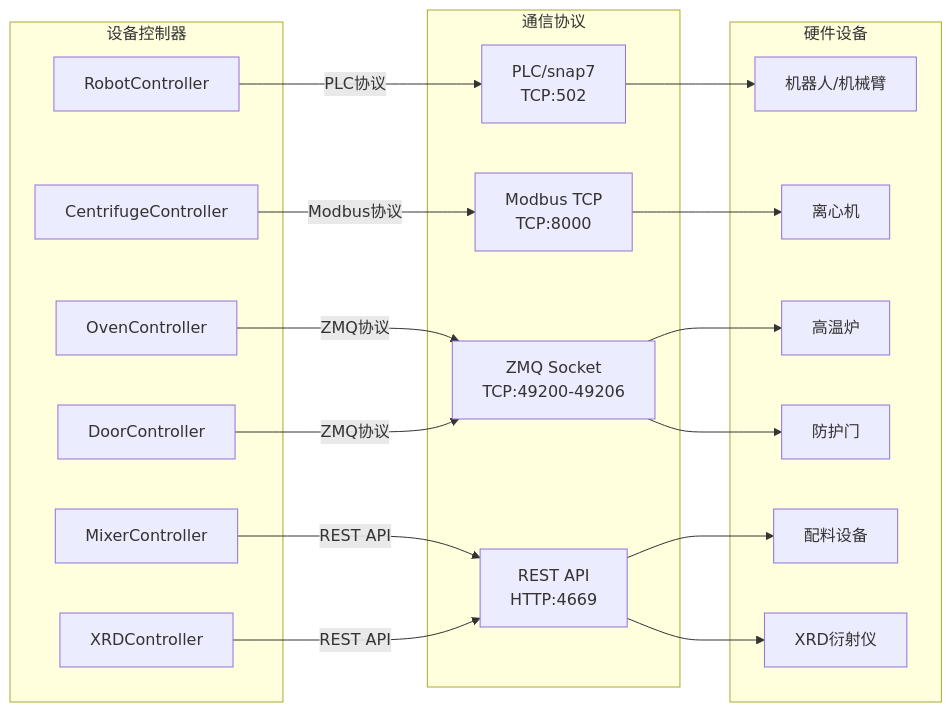
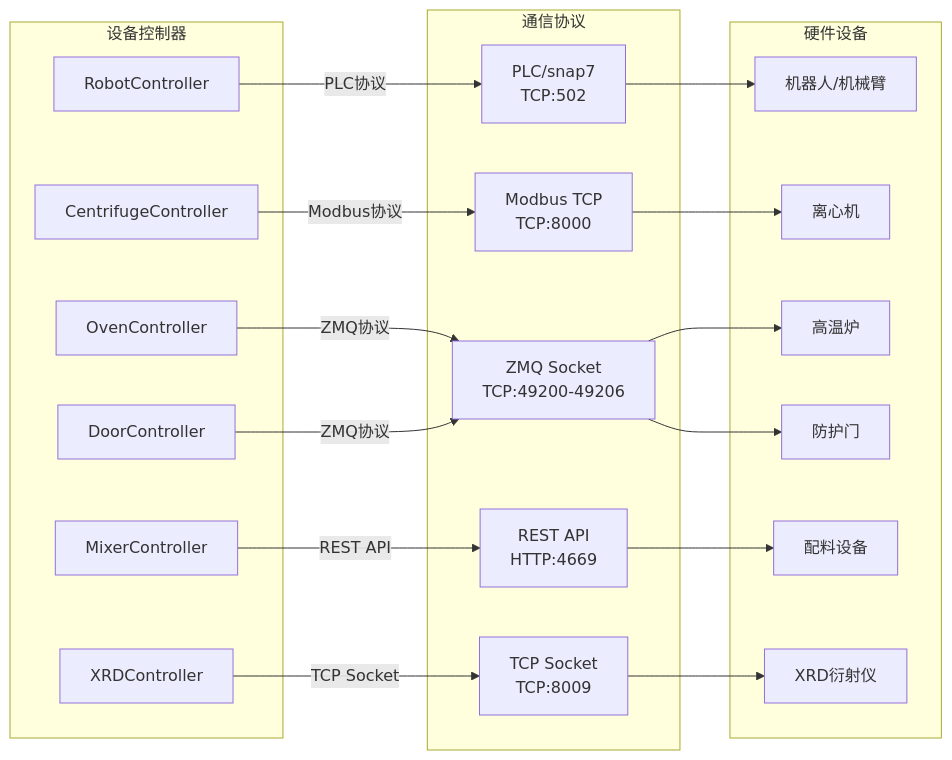
One commit to nipeone/ai4device changed diagram 11 of 11 in docs/系统架构流程图.md. Above: the diagram before and after it, drawn with Mermaid. The commit also changed other lines of this file, not shown here.

````diff
--- a/docs/系统架构流程图.md
+++ b/docs/系统架构流程图.md
@@ -478,41 +610,42 @@
 ```mermaid
 graph LR
     subgraph "设备控制器"
         R[RobotController]
         C[CentrifugeController]
         O[OvenController]
         D[DoorController]
         M[MixerController]
         X[XRDController]
     end
     
     subgraph "通信协议"
         PLC[PLC/snap7<br/>TCP:502]
         MODBUS[Modbus TCP<br/>TCP:8000]
         ZMQ[ZMQ Socket<br/>TCP:49200-49206]
+        TCP_SOCKET[TCP Socket<br/>TCP:8009]
         REST[REST API<br/>HTTP:4669]
     end
     
     subgraph "硬件设备"
         ROBOT_HW[机器人/机械臂]
         CENT_HW[离心机]
         OVEN_HW[高温炉]
         DOOR_HW[防护门]
         MIXER_HW[配料设备]
         XRD_HW[XRD衍射仪]
     end
     
     R -->|PLC协议| PLC
     C -->|Modbus协议| MODBUS
     O -->|ZMQ协议| ZMQ
     D -->|ZMQ协议| ZMQ
     M -->|REST API| REST
-    X -->|REST API| REST
+    X -->|TCP Socket| TCP_SOCKET
     
     PLC --> ROBOT_HW
     MODBUS --> CENT_HW
     ZMQ --> OVEN_HW
     ZMQ --> DOOR_HW
     REST --> MIXER_HW
-    REST --> XRD_HW
+    TCP_SOCKET --> XRD_HW
 ```
````
